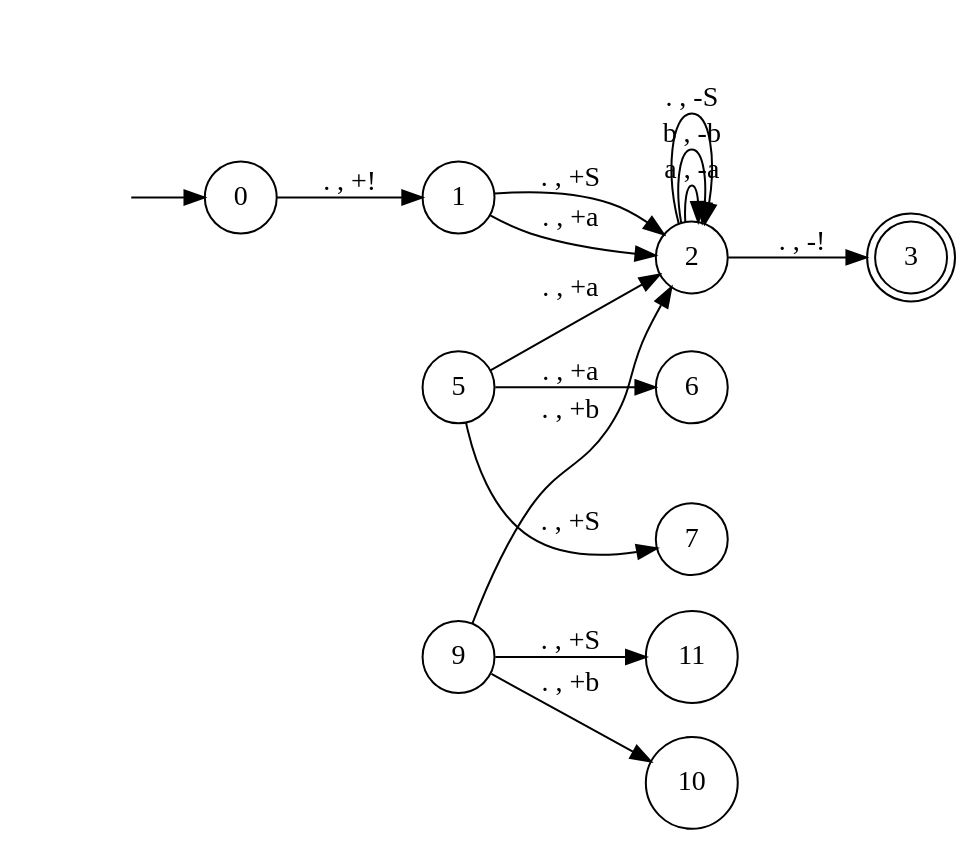
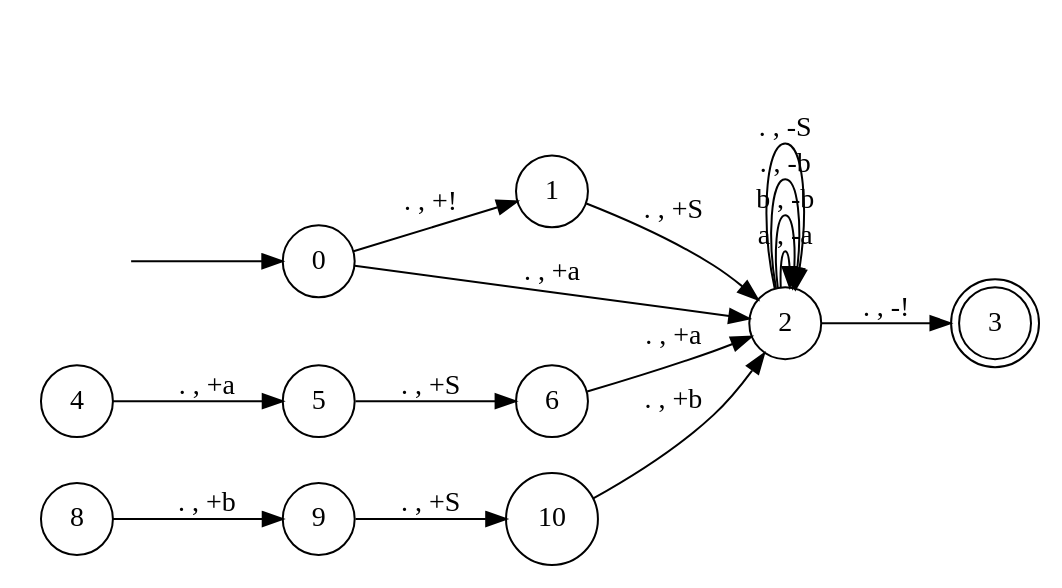
Before and after one commit to tsubaric/ToC: the diagram in output.gv, drawn with Graphviz. The commit also changed 2 other files, not shown here.

```diff
--- a/output.gv
+++ b/output.gv
@@ -1,21 +1,22 @@
 digraph pda {
 rankdir = LR;
 hidden [shape = plaintext, label = ""];
 node [shape = doublecircle];
 3;
 node [shape = circle];
 hidden -> 0;
 0 -> 1 [label = ". , +!"];
-1 -> 2 [label = ". , +a"];
+0 -> 2 [label = ". , +a"];
 1 -> 2 [label = ". , +S"];
 2 -> 2 [label = "a , -a"];
 2 -> 2 [label = "b , -b"];
+2 -> 2 [label = ". , -b"];
 2 -> 2 [label = ". , -S"];
 2 -> 3 [label = ". , -!"];
-5 -> 2 [label = ". , +a"];
-5 -> 6 [label = ". , +a"];
-5 -> 7 [label = ". , +S"];
-9 -> 11 [label = ". , +S"];
-9 -> 2 [label = ". , +b"];
-9 -> 10 [label = ". , +b"];
+4 -> 5 [label = ". , +a"];
+5 -> 6 [label = ". , +S"];
+6 -> 2 [label = ". , +a"];
+8 -> 9 [label = ". , +b"];
+9 -> 10 [label = ". , +S"];
+10 -> 2 [label = ". , +b"];
 }
```
